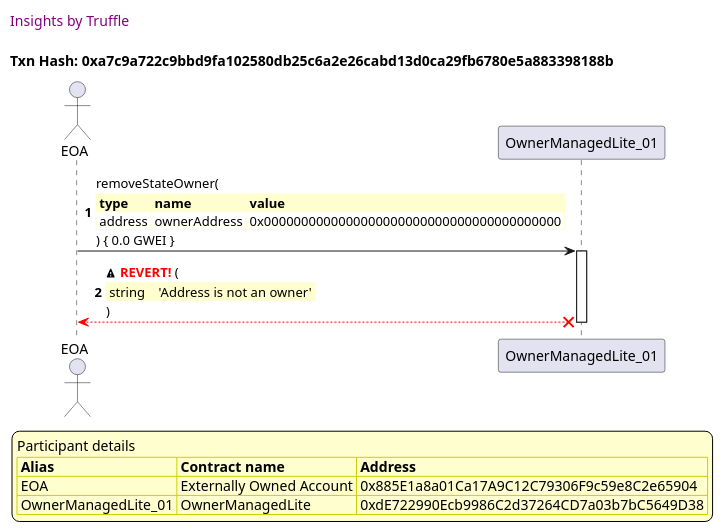
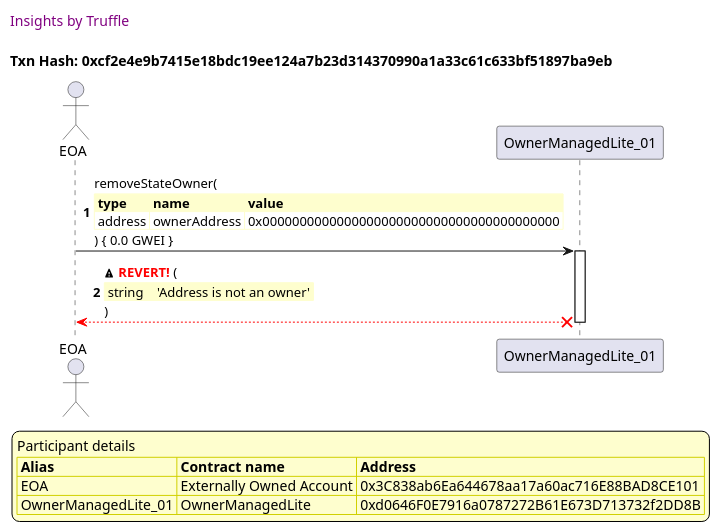
The third of 49 diagrams in truffle-seq/OwnerManagedLite_test_remove_owner.md (thedarkjester/ConsensysAssignment), drawn with PlantUML before and after one commit. The commit also changed other lines of this file and 13 other files, not shown here.

````diff
--- a/truffle-seq/OwnerManagedLite_test_remove_owner.md
+++ b/truffle-seq/OwnerManagedLite_test_remove_owner.md
@@ -103,43 +103,43 @@
 ```plantuml
 
 
 @startuml
 
 autonumber
 skinparam legendBackgroundColor #FEFECE
 
 <style>
       header {
         HorizontalAlignment left
         FontColor purple
         FontSize 14
         Padding 10
       }
     </style>
 
 header Insights by Truffle
 
-title Txn Hash: 0xa7c9a722c9bbd9fa102580db25c6a2e26cabd13d0ca29fb6780e5a883398188b
+title Txn Hash: 0xcf2e4e9b7415e18bdc19ee124a7b23d314370990a1a33c61c633bf51897ba9eb
 
 
 actor EOA as "EOA"
 participant OwnerManagedLite_01 as "OwnerManagedLite_01"
 
 "EOA" -> "OwnerManagedLite_01" ++: removeStateOwner(\n\
 <#FEFECE,#FEFECE>|= type |= name |= value |\n\
 | address | ownerAddress | 0x0000000000000000000000000000000000000000 |\n\
 ) { 0.0 GWEI }
 "OwnerManagedLite_01" x-[#red]-> "EOA" --: <&warning> <color #red>**REVERT!**</color> (\n\
 <#FEFECE,#FEFECE>| string |  | 'Address is not an owner' |\n\
 )
 deactivate "OwnerManagedLite_01"
 
 legend
 Participant details
 <#FEFECE,#D0D000>|= Alias |= Contract name |= Address |
-<#FEFECE>| EOA | Externally Owned Account | 0x885E1a8a01Ca17A9C12C79306F9c59e8C2e65904 |
-<#FEFECE>| OwnerManagedLite_01 | OwnerManagedLite | 0xdE722990Ecb9986C2d37264CD7a03b7bC5649D38 |
+<#FEFECE>| EOA | Externally Owned Account | 0x3C838ab6Ea644678aa17a60ac716E88BAD8CE101 |
+<#FEFECE>| OwnerManagedLite_01 | OwnerManagedLite | 0xd0646F0E7916a0787272B61E673D713732f2DD8B |
 endlegend
 
 @enduml
 ```
````
